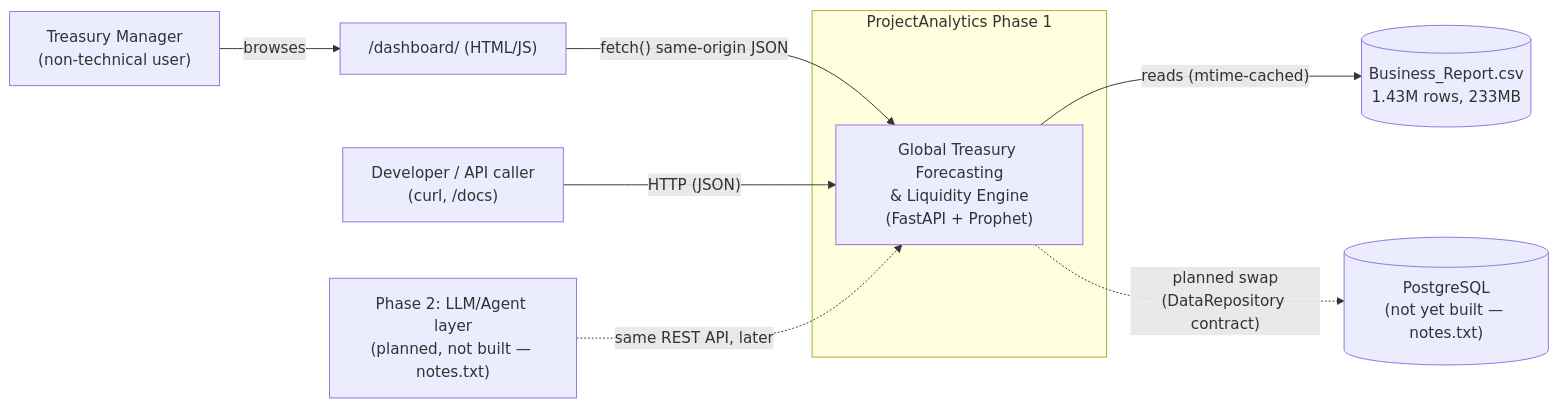
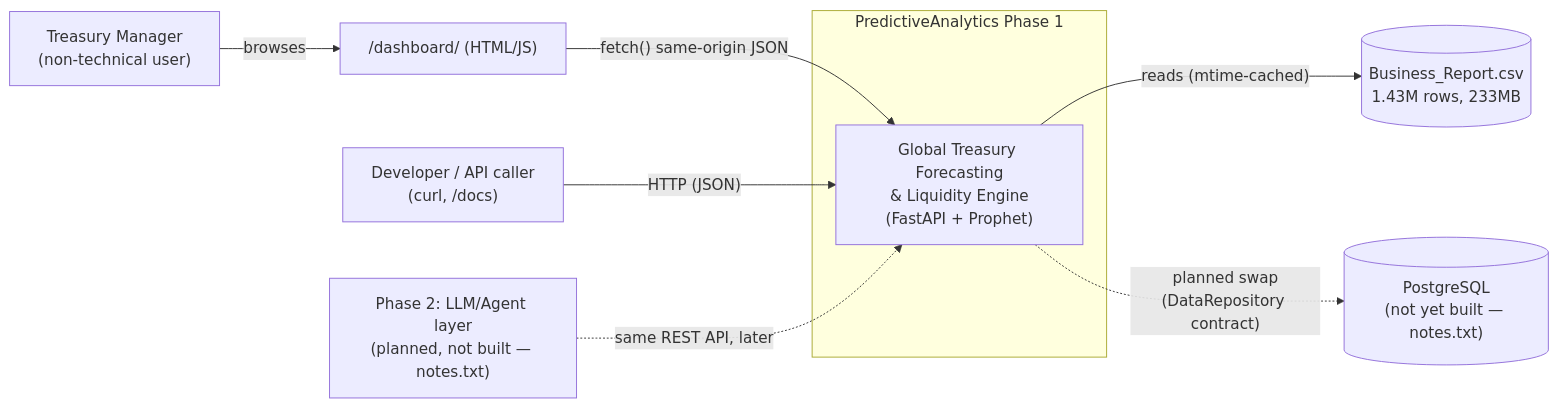
Before and after one commit to anishchapagain/PredictiveAnalytics: the first of 16 diagrams in technical.md, drawn with Mermaid. The commit also changed other lines of this file and 7 other files, not shown here.

First line of the commit message:
Use "PredictiveAnalytics" as the project name in docs and the API

````diff
--- a/technical.md
+++ b/technical.md
@@ -29,20 +29,20 @@
 ```mermaid
 flowchart LR
     TM["Treasury Manager\n(non-technical user)"]
     DEV["Developer / API caller\n(curl, /docs)"]
     AGENT["Phase 2: LLM/Agent layer\n(planned, not built — notes.txt)"]
 
-    subgraph SYS["ProjectAnalytics Phase 1"]
+    subgraph SYS["PredictiveAnalytics Phase 1"]
         APP["Global Treasury Forecasting\n& Liquidity Engine\n(FastAPI + Prophet)"]
     end
 
     CSV[("Business_Report.csv\n1.43M rows, 233MB")]
     PG[("PostgreSQL\n(not yet built — notes.txt)")]
 
     TM -- "browses" --> DASH["/dashboard/ (HTML/JS)"]
     DASH -- "fetch() same-origin JSON" --> APP
     DEV -- "HTTP (JSON)" --> APP
     AGENT -. "same REST API, later" .-> APP
     APP -- "reads (mtime-cached)" --> CSV
     APP -. "planned swap\n(DataRepository contract)" .-> PG
 ```
````
